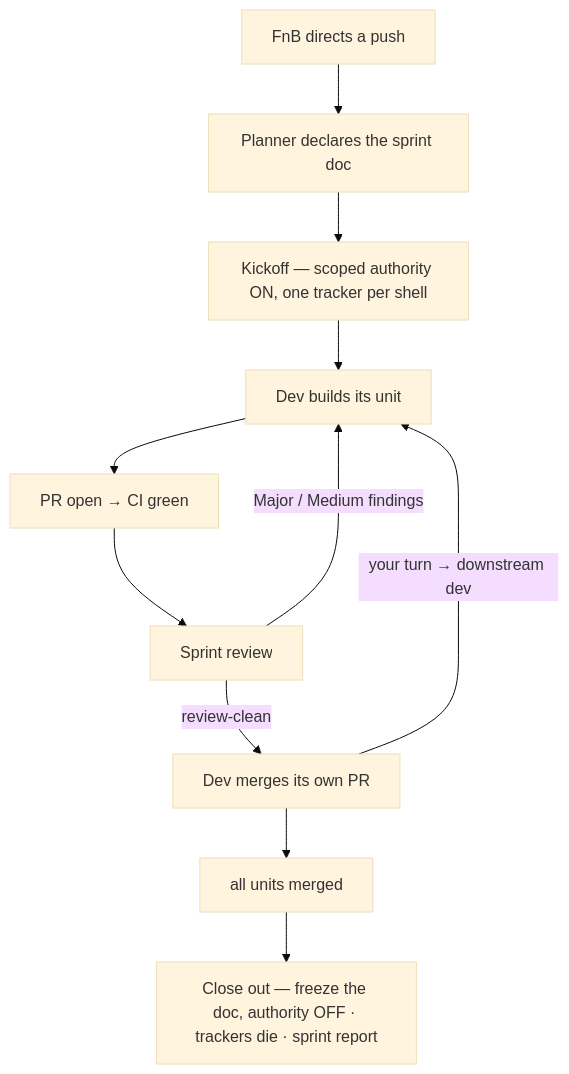
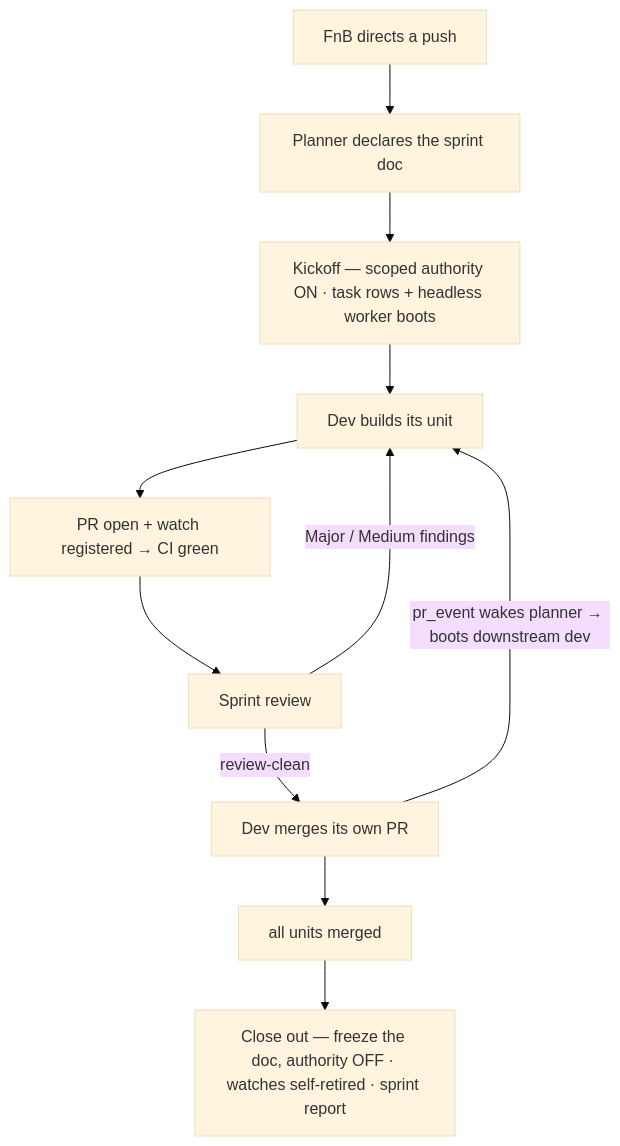
The third of 4 diagrams in README.md (jedbjorn/subfloor), drawn with Mermaid (base theme) before and after one commit. The commit also changed other lines of this file and 24 other files, not shown here.

First line of the commit message:
feat(eventing): sprint eventing — message kinds, PR watch daemon, headless boot, inbox watcher

````diff
--- a/README.md
+++ b/README.md
@@ -457,13 +483,13 @@
 ```mermaid
 graph TD
   F[FnB directs a push]:::class4 --> D[Planner declares the sprint doc]:::class1
-  D --> K[Kickoff — scoped authority ON, one tracker per shell]:::class1
+  D --> K[Kickoff — scoped authority ON · task rows + headless worker boots]:::class1
   K --> B[Dev builds its unit]:::class2
-  B --> P[PR open → CI green]:::class2
+  B --> P[PR open + watch registered → CI green]:::class2
   P --> R[Sprint review]:::class3
   R -->|Major / Medium findings| B
   R -->|review-clean| M[Dev merges its own PR]:::class2
-  M -->|"your turn" → downstream dev| B
+  M -->|pr_event wakes planner → boots downstream dev| B
   M --> C[all units merged]:::class1
-  C --> X[Close out — freeze the doc, authority OFF · trackers die · sprint report]:::class1
+  C --> X[Close out — freeze the doc, authority OFF · watches self-retired · sprint report]:::class1
 ```
````
